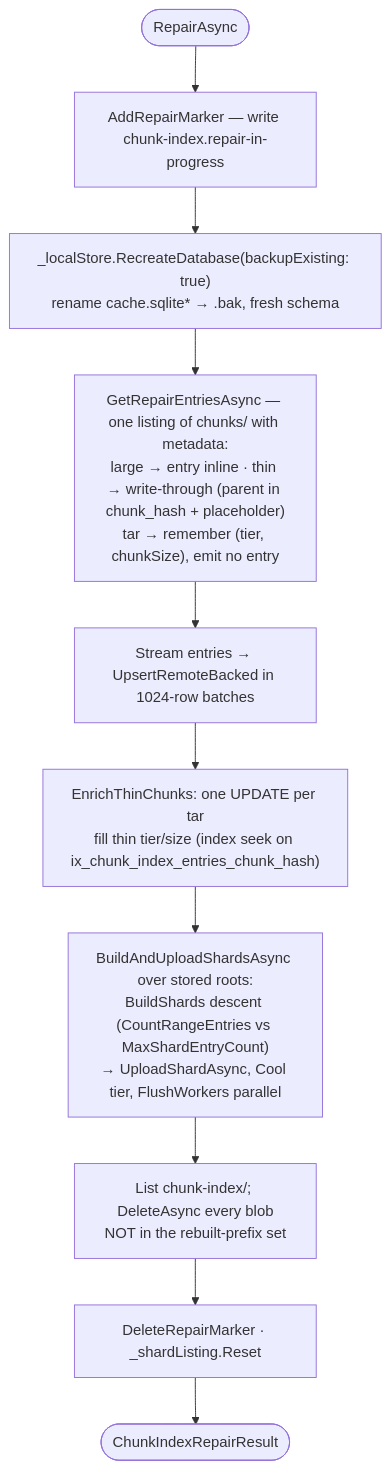
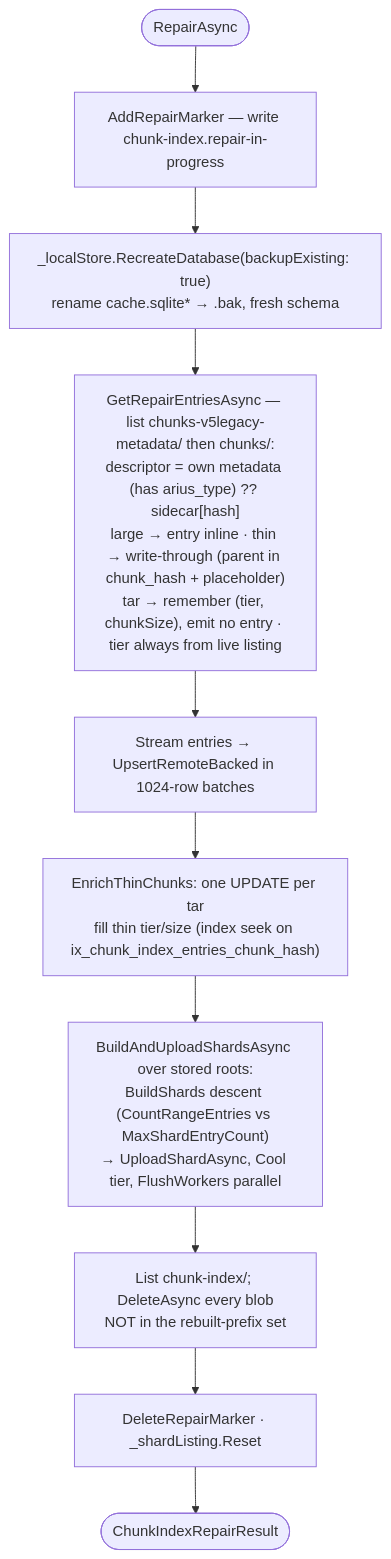
One commit to woutervanranst/Arius7 changed the diagram in docs/design/core/features/repair-chunk-index.md. Above: the diagram before and after it, drawn with Mermaid. The commit also changed other lines of this file and 7 other files, not shown here.

````diff
--- a/docs/design/core/features/repair-chunk-index.md
+++ b/docs/design/core/features/repair-chunk-index.md
@@ -13,12 +13,12 @@
 ```mermaid
 flowchart TD
     start([RepairAsync]) --> marker[AddRepairMarker — write chunk-index.repair-in-progress]
     marker --> recreate["_localStore.RecreateDatabase(backupExisting: true)<br/>rename cache.sqlite* → .bak, fresh schema"]
-    recreate --> list["GetRepairEntriesAsync — one listing of chunks/ with metadata:<br/>large → entry inline · thin → write-through (parent in chunk_hash + placeholder)<br/>tar → remember (tier, chunkSize), emit no entry"]
+    recreate --> list["GetRepairEntriesAsync — list chunks-v5legacy-metadata/ then chunks/:<br/>descriptor = own metadata (has arius_type) ?? sidecar[hash]<br/>large → entry inline · thin → write-through (parent in chunk_hash + placeholder)<br/>tar → remember (tier, chunkSize), emit no entry · tier always from live listing"]
     list --> stage["Stream entries → UpsertRemoteBacked in 1024-row batches"]
     stage --> enrich["EnrichThinChunks: one UPDATE per tar<br/>fill thin tier/size (index seek on ix_chunk_index_entries_chunk_hash)"]
     enrich --> build["BuildAndUploadShardsAsync over stored roots:<br/>BuildShards descent (CountRangeEntries vs MaxShardEntryCount)<br/>→ UploadShardAsync, Cool tier, FlushWorkers parallel"]
     build --> delete["List chunk-index/; DeleteAsync every blob<br/>NOT in the rebuilt-prefix set"]
     delete --> clear[DeleteRepairMarker · _shardListing.Reset]
     clear --> done([ChunkIndexRepairResult])
 ```
````
